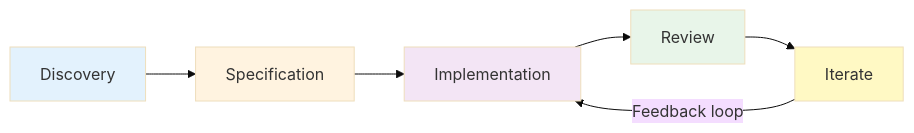
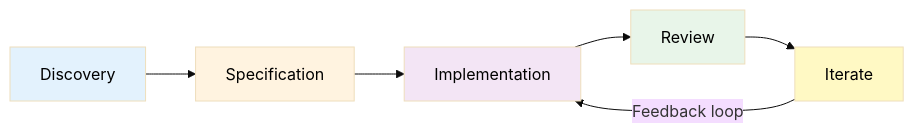
The diagram in docs/explanation/specifications/review-and-iterate.md (ready-to-release/eac), drawn with Mermaid (base theme) before and after one commit. The commit also changed other lines of this file, not shown here.

Commit message:
Update review-and-iterate to match example mapping colours, some minor edits

````diff
--- a/docs/explanation/specifications/review-and-iterate.md
+++ b/docs/explanation/specifications/review-and-iterate.md
@@ -11,14 +11,14 @@
 ```mermaid
 flowchart LR
     A[Discovery] --> B[Specification]
     B --> C[Implementation]
     C --> D[Review]
     D --> E[Iterate]
     E -->|Feedback loop| C
 
-    style A fill:#e3f2fd
-    style B fill:#fff3e0
-    style C fill:#f3e5f5
-    style D fill:#e8f5e9
-    style E fill:#fff9c4
+    style A fill:#e3f2fd,color: #000
+    style B fill:#fff3e0,color: #000
+    style C fill:#f3e5f5,color: #000
+    style D fill:#e8f5e9,color: #000
+    style E fill:#fff9c4,color: #000
 ```
````
